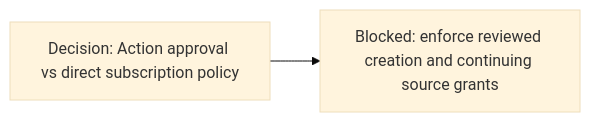
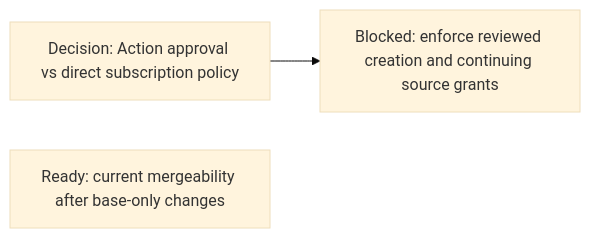
One commit to agentydragon/ducktape changed the third of 19 diagrams in agentplane/plans/task_dag.md. Above: the diagram before and after it, drawn with Mermaid (base theme). The commit also changed other lines of this file and 3 other files, not shown here.

````diff
--- a/agentplane/plans/task_dag.md
+++ b/agentplane/plans/task_dag.md
@@ -336,6 +336,7 @@
 ```mermaid
 flowchart LR
     SUBSCRIPTION_AUTHORIZATION_DESIGN[Decision: Action approval vs direct subscription policy]
     SUBSCRIPTION_AUTHORIZATION[Blocked: enforce reviewed creation and continuing source grants]
     SUBSCRIPTION_AUTHORIZATION_DESIGN --> SUBSCRIPTION_AUTHORIZATION
+    GITHUB_MERGEABILITY_FRESHNESS[Ready: current mergeability after base-only changes]
 ```
````
